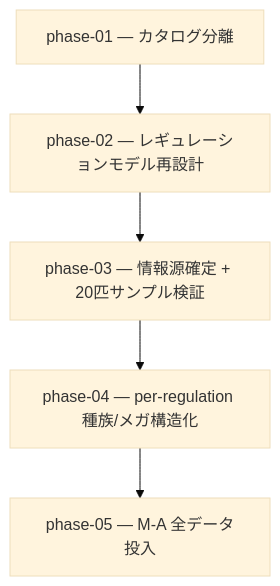
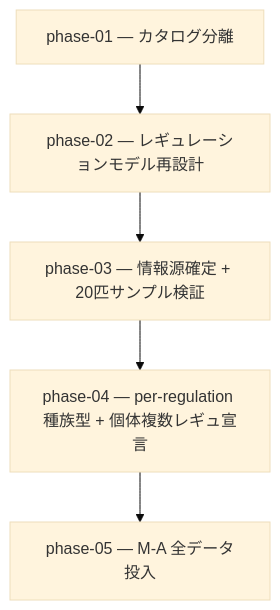
The diagram in docs/plan/02-data-model-redesign/README.md (subroh0508/pokeform), drawn with Mermaid (base theme) before and after one commit. The commit also changed other lines of this file and 10 other files, not shown here.

````diff
--- a/docs/plan/02-data-model-redesign/README.md
+++ b/docs/plan/02-data-model-redesign/README.md
@@ -17,7 +14,7 @@
 ```mermaid
 flowchart TD
     P1[phase-01 — カタログ分離] --> P2[phase-02 — レギュレーションモデル再設計]
     P2 --> P3[phase-03 — 情報源確定 + 20匹サンプル検証]
-    P3 --> P4[phase-04 — per-regulation 種族/メガ構造化]
+    P3 --> P4[phase-04 — per-regulation 種族型 + 個体複数レギュ宣言]
     P4 --> P5[phase-05 — M-A 全データ投入]
 ```
````
